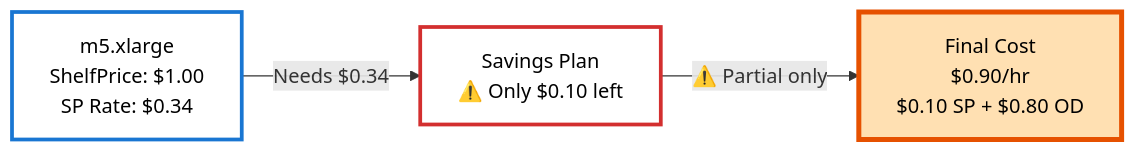
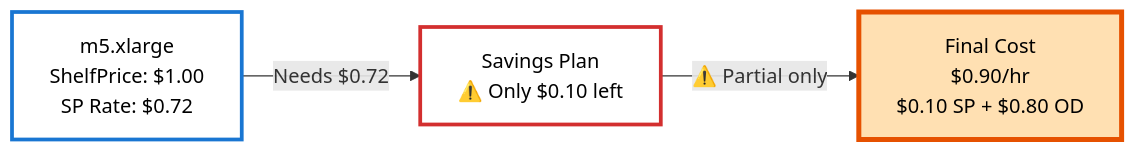
The fifth of 9 diagrams in ALGORITHM.md (Nextdoor/lumina), drawn with Mermaid before and after one commit. The commit also changed other lines of this file and 24 other files, not shown here.

````diff
--- a/ALGORITHM.md
+++ b/ALGORITHM.md
@@ -298,13 +298,13 @@
 ```mermaid
 flowchart LR
-    I2["m5.xlarge<br/>ShelfPrice: $1.00<br/>SP Rate: $0.34"]
+    I2["m5.xlarge<br/>ShelfPrice: $1.00<br/>SP Rate: $0.72"]
     SP2["Savings Plan<br/>⚠️ Only $0.10 left"]
     Result2["Final Cost<br/>$0.90/hr<br/>$0.10 SP + $0.80 OD"]
 
-    I2 -->|"Needs $0.34"| SP2
+    I2 -->|"Needs $0.72"| SP2
     SP2 -->|"⚠️ Partial only"| Result2
 
     style I2 fill:#fff,stroke:#1976d2,stroke-width:3px,color:#000
     style SP2 fill:#fff,stroke:#d32f2f,stroke-width:3px,color:#000
     style Result2 fill:#ffe0b2,stroke:#e65100,stroke-width:4px,color:#000
 ```
````
